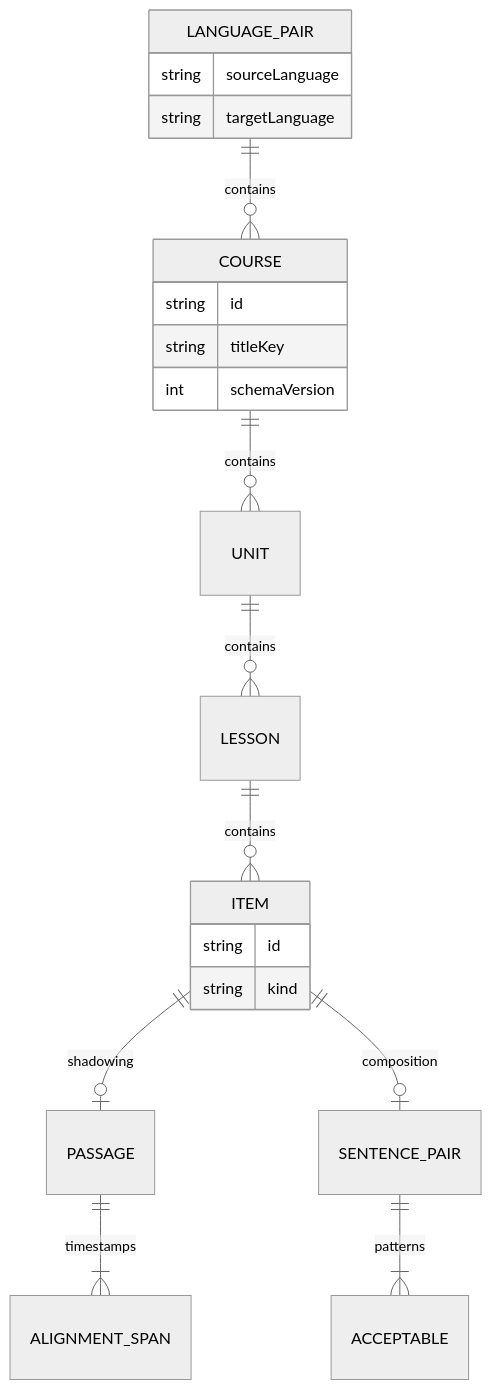
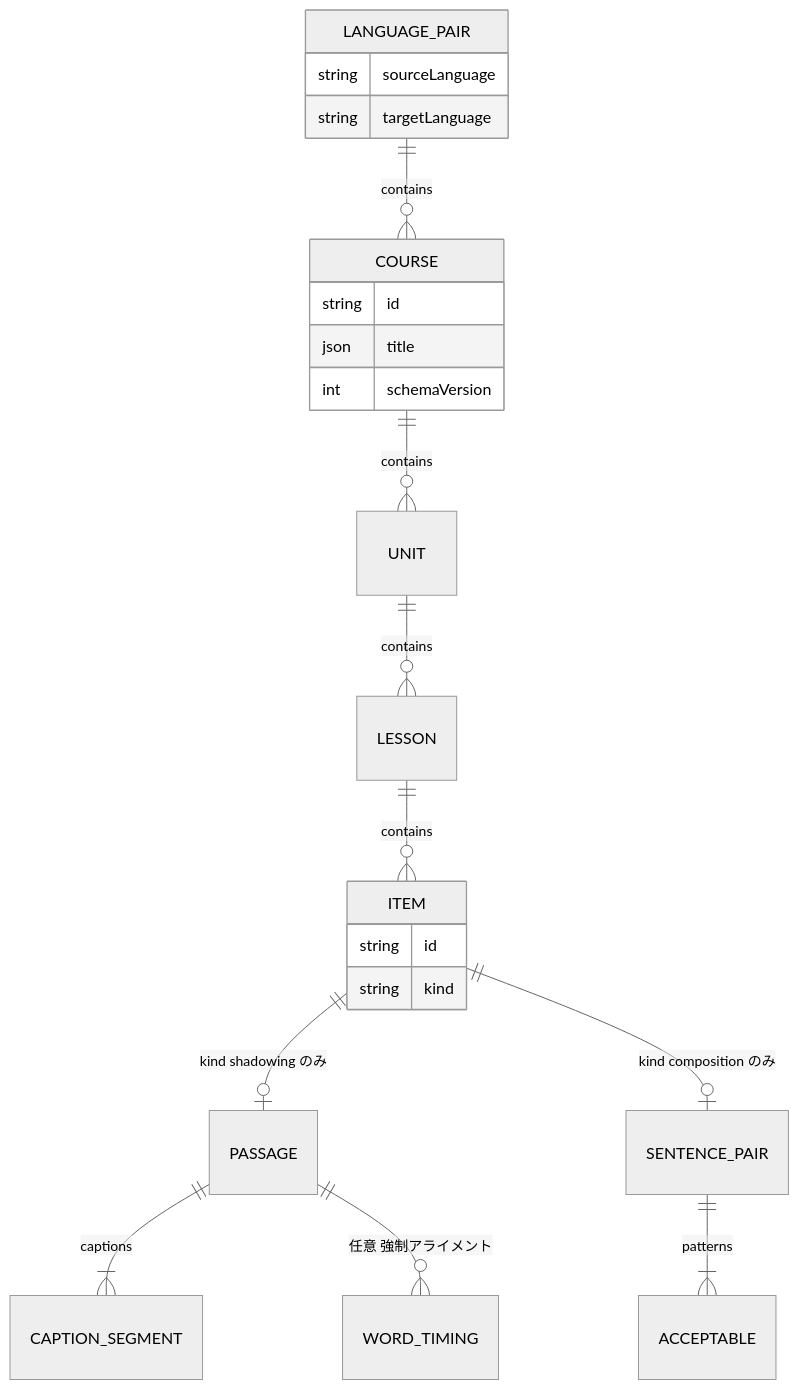
One commit to Kyogo73/SnapSpeak changed the seventh of 8 diagrams in docs/architecture.md. Above: the diagram before and after it, drawn with Mermaid (neutral theme). The commit also changed other lines of this file and 3 other files, not shown here.

````diff
--- a/docs/architecture.md
+++ b/docs/architecture.md
@@ -569,25 +741,26 @@
 ```mermaid
 erDiagram
   LANGUAGE_PAIR ||--o{ COURSE : contains
   COURSE ||--o{ UNIT : contains
   UNIT ||--o{ LESSON : contains
   LESSON ||--o{ ITEM : contains
-  ITEM ||--o| PASSAGE : shadowing
-  ITEM ||--o| SENTENCE_PAIR : composition
-  PASSAGE ||--|{ ALIGNMENT_SPAN : timestamps
+  ITEM ||--o| PASSAGE : "kind shadowing のみ"
+  ITEM ||--o| SENTENCE_PAIR : "kind composition のみ"
+  PASSAGE ||--|{ CAPTION_SEGMENT : captions
+  PASSAGE ||--o{ WORD_TIMING : "任意 強制アライメント"
   SENTENCE_PAIR ||--|{ ACCEPTABLE : patterns
 
   LANGUAGE_PAIR {
     string sourceLanguage
     string targetLanguage
   }
   COURSE {
     string id
-    string titleKey
+    json title
     int schemaVersion
   }
   ITEM {
     string id
     string kind
   }
 ```
````
